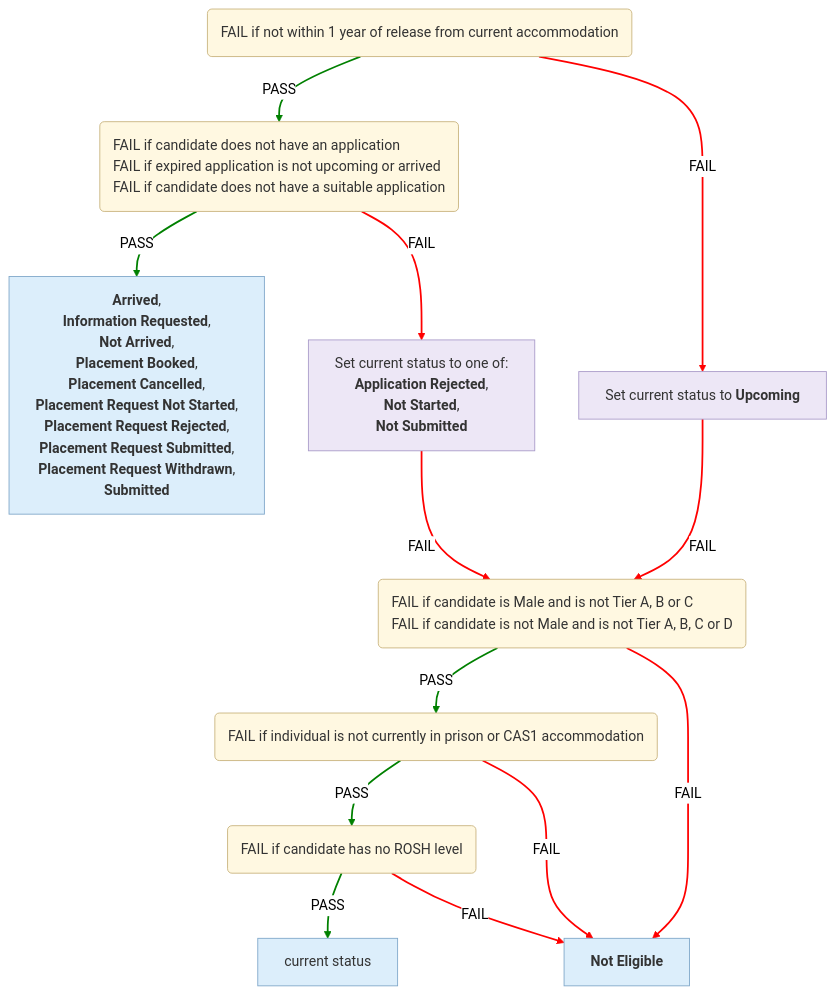
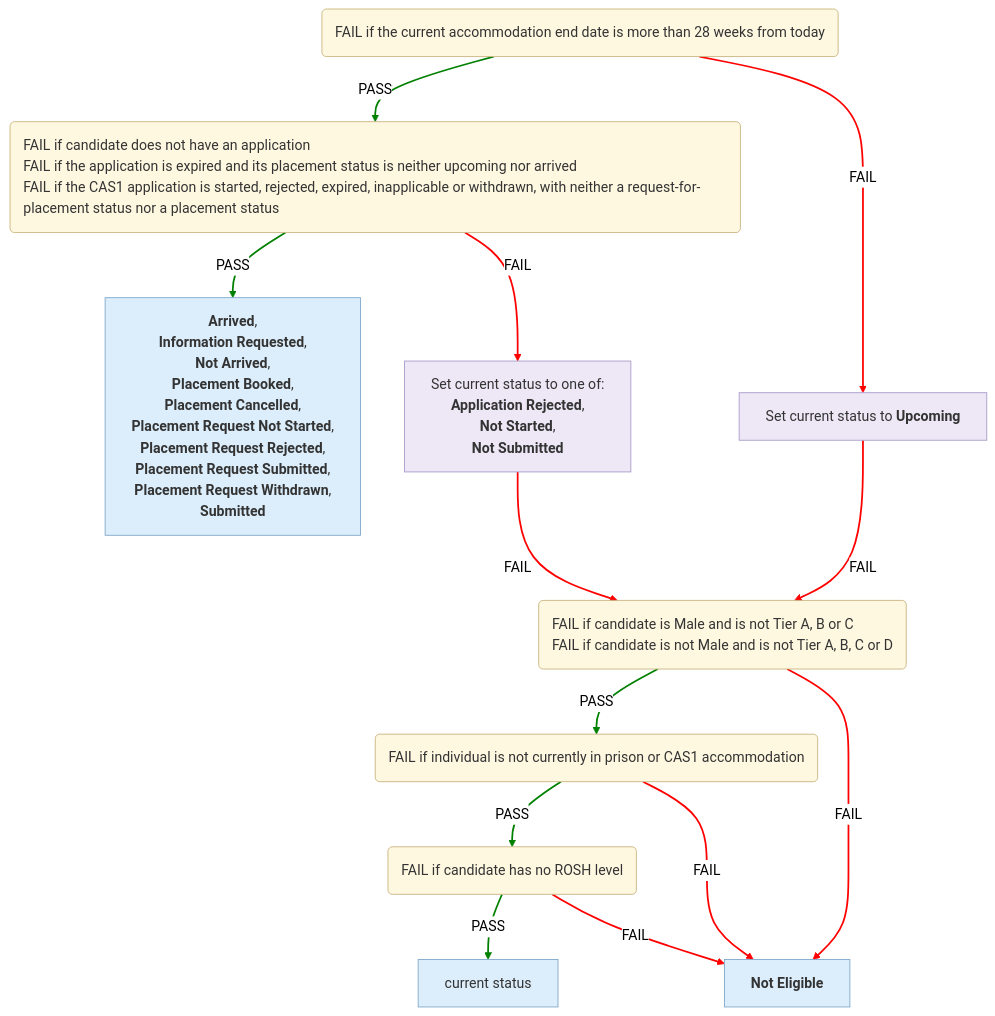
The first of 6 diagrams in docs/eligibility-rules-graph.md (ministryofjustice/hmpps-single-accommodation-service-api), drawn with Mermaid (neutral theme) before and after one commit. The commit also changed other lines of this file and 22 other files, not shown here.

Commit message:
chore/SAS-1544-Make-language-more-natural-for-Fail-descriptions

````diff
--- a/docs/eligibility-rules-graph.md
+++ b/docs/eligibility-rules-graph.md
@@ -9,49 +9,49 @@
 ```mermaid
 %%{init: {"flowchart": {"wrappingWidth": 800}}}%%
 flowchart TD
-  Upcoming("<div style='text-align:left'>FAIL if not within 1 year of release from current accommodation</div>")
+  Upcoming("<div style='text-align:left'>FAIL if the current accommodation end date is more than 28 weeks from today</div>")
   Suitability("<div style='text-align:left'>FAIL if candidate does not have an application
-FAIL if expired application is not upcoming or arrived
-FAIL if candidate does not have a suitable application</div>")
+FAIL if the application is expired and its placement status is neither upcoming nor arrived
+FAIL if the CAS1 application is started, rejected, expired, inapplicable or withdrawn, with neither a request-for-placement status nor a placement status</div>")
   outcome_Cas1CompletionContextUpdater["<b>Arrived</b>,
  <b>Information Requested</b>,
  <b>Not Arrived</b>,
  <b>Placement Booked</b>,
  <b>Placement Cancelled</b>,
  <b>Placement Request Not Started</b>,
  <b>Placement Request Rejected</b>,
  <b>Placement Request Submitted</b>,
  <b>Placement Request Withdrawn</b>,
  <b>Submitted</b>"]
   updater_Cas1SuitabilityContextUpdater["Set current status to one of:
 <b>Application Rejected</b>,
  <b>Not Started</b>,
  <b>Not Submitted</b>"]
   Eligibility_Tier("<div style='text-align:left'>FAIL if candidate is Male and is not Tier A, B or C
 FAIL if candidate is not Male and is not Tier A, B, C or D</div>")
   Eligibility_Current_Accommodation("<div style='text-align:left'>FAIL if individual is not currently in prison or CAS1 accommodation</div>")
   Eligibility_Rosh("<div style='text-align:left'>FAIL if candidate has no ROSH level</div>")
   confirmed["current status"]
   CAS1_NOT_ELIGIBLE["<b>Not Eligible</b>"]
   updater_Cas1UpcomingContextUpdater["Set current status to <b>Upcoming</b>"]
   Suitability -->|PASS| outcome_Cas1CompletionContextUpdater
   Suitability -->|FAIL| updater_Cas1SuitabilityContextUpdater
   Eligibility_Rosh -->|PASS| confirmed
   Eligibility_Rosh -->|FAIL| CAS1_NOT_ELIGIBLE
   Eligibility_Current_Accommodation -->|PASS| Eligibility_Rosh
   Eligibility_Current_Accommodation -->|FAIL| CAS1_NOT_ELIGIBLE
   Eligibility_Tier -->|PASS| Eligibility_Current_Accommodation
   Eligibility_Tier -->|FAIL| CAS1_NOT_ELIGIBLE
   updater_Cas1SuitabilityContextUpdater -->|FAIL| Eligibility_Tier
   Upcoming -->|PASS| Suitability
   Upcoming -->|FAIL| updater_Cas1UpcomingContextUpdater
   updater_Cas1UpcomingContextUpdater -->|FAIL| Eligibility_Tier
   linkStyle 0,2,4,6,9 stroke:green,stroke-width:2px
   linkStyle 1,3,5,7,8,10,11 stroke:red,stroke-width:2px
   classDef ruleSetNode fill:#FFF8E1,stroke:#C9B37E,color:#333
   classDef outcomeNode fill:#DCEEFB,stroke:#7FA7C9,color:#333
   classDef updaterNode fill:#EDE7F6,stroke:#A99BC9,color:#333
   class Upcoming,Suitability,Eligibility_Tier,Eligibility_Current_Accommodation,Eligibility_Rosh ruleSetNode
   class outcome_Cas1CompletionContextUpdater,confirmed,CAS1_NOT_ELIGIBLE outcomeNode
   class updater_Cas1SuitabilityContextUpdater,updater_Cas1UpcomingContextUpdater updaterNode
 ```
````
